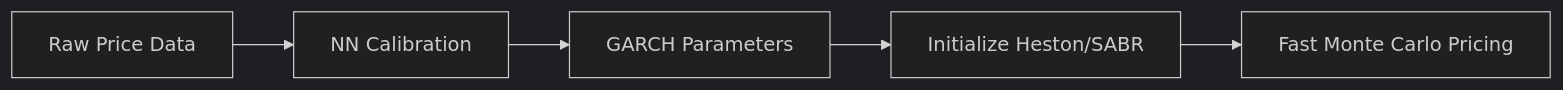
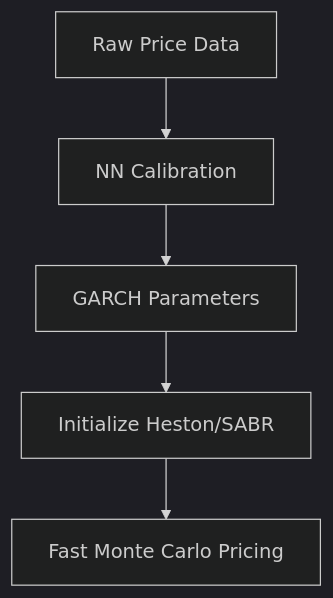
One commit to emergix/NeuralNetwork_for_GARCH changed the diagram in README.md. Above: the diagram before and after it, drawn with Mermaid (dark theme).

````diff
--- a/README.md
+++ b/README.md
@@ -125,8 +125,8 @@
 ```mermaid
-graph LR
+graph TD
 A[Raw Price Data] --> B[NN Calibration]
 B --> C[GARCH Parameters]
 C --> D[Initialize Heston/SABR]
 D --> E[Fast Monte Carlo Pricing]
 
 ```
````
